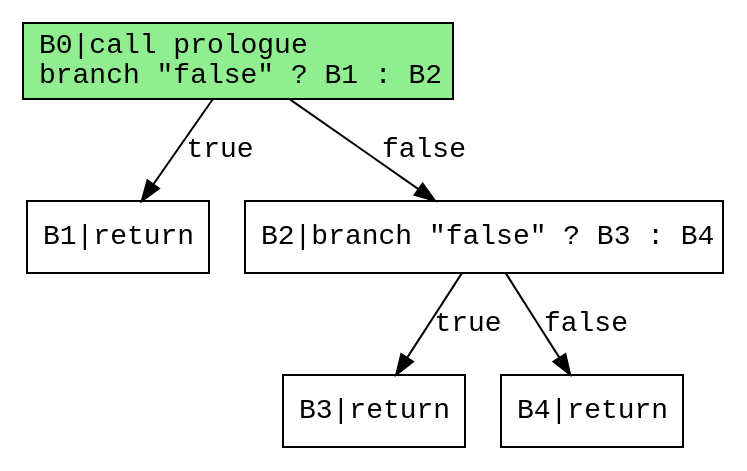
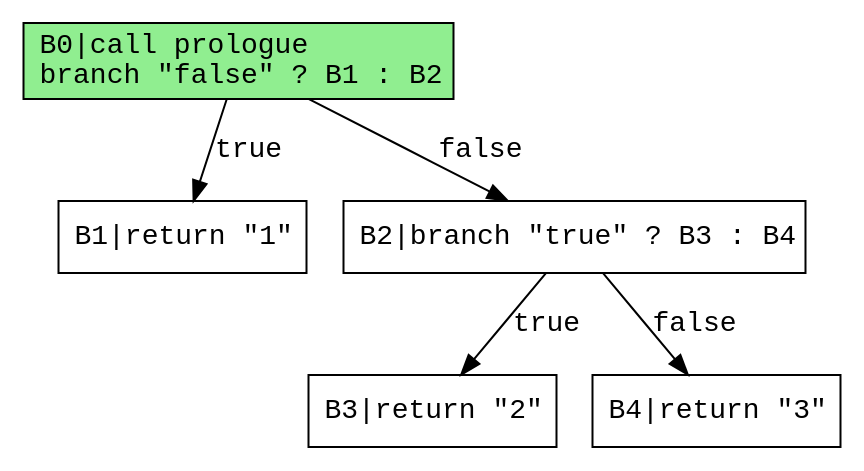
One commit to safarislava/ProcTranslator changed the diagram in output/return.dot. Above: the diagram before and after it, drawn with Graphviz. The commit also changed 8 other files, not shown here.

```diff
--- a/output/return.dot
+++ b/output/return.dot
@@ -1,16 +1,16 @@
 digraph CFG {
   rankdir=TB;
   node [shape=box, fontname="Courier"];
   edge [fontname="Courier"];
 
   B0 [label="B0|call prologue\lbranch \"false\" ? B1 : B2\l"];
-  B1 [label="B1|return\l"];
-  B2 [label="B2|branch \"false\" ? B3 : B4\l"];
-  B3 [label="B3|return\l"];
-  B4 [label="B4|return\l"];
+  B1 [label="B1|return \"1\"\l"];
+  B2 [label="B2|branch \"true\" ? B3 : B4\l"];
+  B3 [label="B3|return \"2\"\l"];
+  B4 [label="B4|return \"3\"\l"];
   B0 -> B1 [label="true"];
   B0 -> B2 [label="false"];
   B2 -> B3 [label="true"];
   B2 -> B4 [label="false"];
   B0 [style=filled, fillcolor=lightgreen];
 }
```
